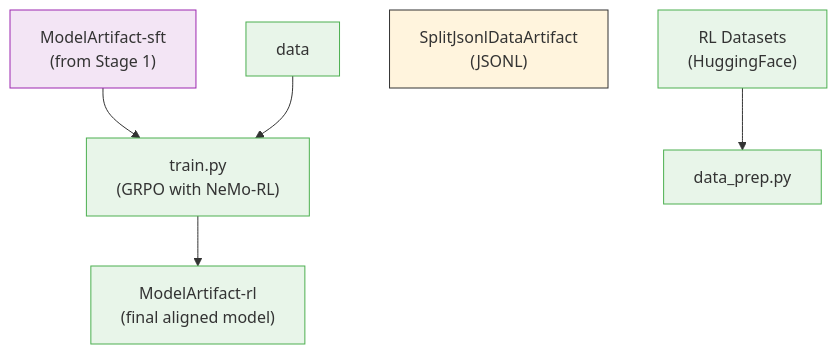
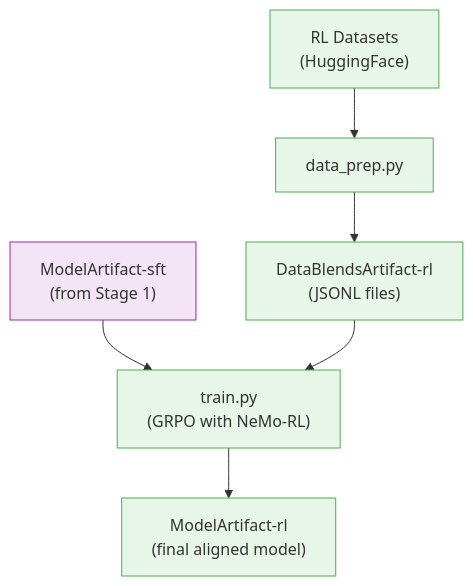
The second of 2 diagrams in docs/nemotron/nano3/rl.md (akao47/Nemotron), drawn with Mermaid before and after one commit. The commit also changed other lines of this file and 102 other files, not shown here.

````diff
--- a/docs/nemotron/nano3/rl.md
+++ b/docs/nemotron/nano3/rl.md
@@ -388,16 +387,16 @@
 ```mermaid
 %%{init: {'theme': 'base', 'themeVariables': { 'primaryBorderColor': '#333333', 'lineColor': '#333333', 'primaryTextColor': '#333333'}}}%%
 flowchart TB
     prev["ModelArtifact-sft<br/>(from Stage 1)"] --> train
     rl["RL Datasets<br/>(HuggingFace)"] --> dp["data_prep.py"]
-    data2["SplitJsonlDataArtifact<br/>(JSONL)"]
+    dp --> data["DataBlendsArtifact-rl<br/>(JSONL files)"]
     data --> train["train.py<br/>(GRPO with NeMo-RL)"]
     train --> model["ModelArtifact-rl<br/>(final aligned model)"]
 
     style prev fill:#f3e5f5,stroke:#9c27b0
     style rl fill:#e8f5e9,stroke:#4caf50
     style dp fill:#e8f5e9,stroke:#4caf50
     style data fill:#e8f5e9,stroke:#4caf50
     style train fill:#e8f5e9,stroke:#4caf50
     style model fill:#e8f5e9,stroke:#4caf50
 ```
````
